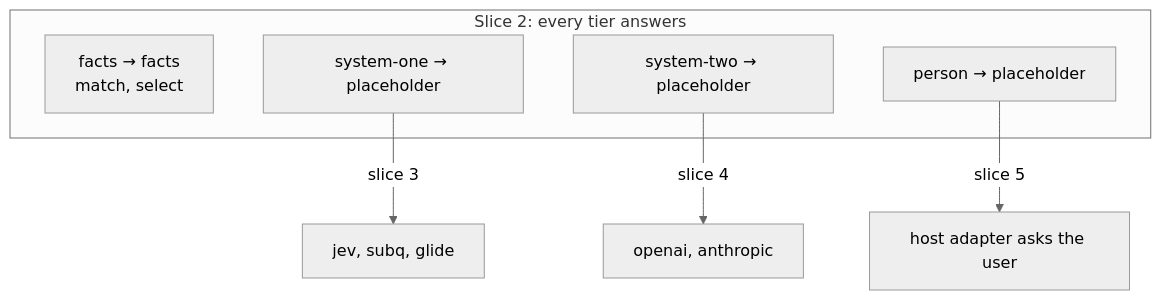
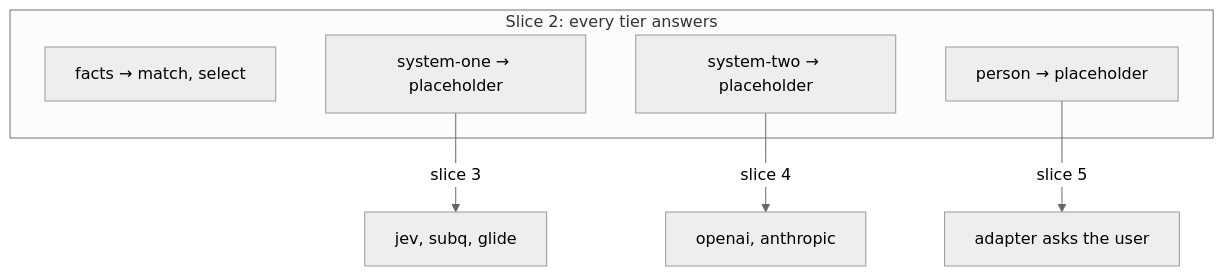
Before and after one commit to StevenJPx2/chauffeur: the ninth of 14 diagrams in docs/plans/pluggability.md, drawn with Mermaid (neutral theme). The commit also changed other lines of this file and 1 other file, not shown here.

First line of the commit message:
docs(plans): engine, facts, plugins and adapters; generic questions and results

````diff
--- a/docs/plans/pluggability.md
+++ b/docs/plans/pluggability.md
@@ -466,12 +500,12 @@
 ```mermaid
 flowchart TB
     subgraph Slice2["Slice 2: every tier answers"]
-        F["facts → facts<br/>match, select"]
+        F["facts → match, select"]
         One["system-one → placeholder"]
         Two["system-two → placeholder"]
         P["person → placeholder"]
     end
     One -- "slice 3" --> Jev["jev, subq, glide"]
     Two -- "slice 4" --> Rev["openai, anthropic"]
-    P -- "slice 5" --> Host["host adapter asks the user"]
+    P -- "slice 5" --> Host["adapter asks the user"]
 ```
````
